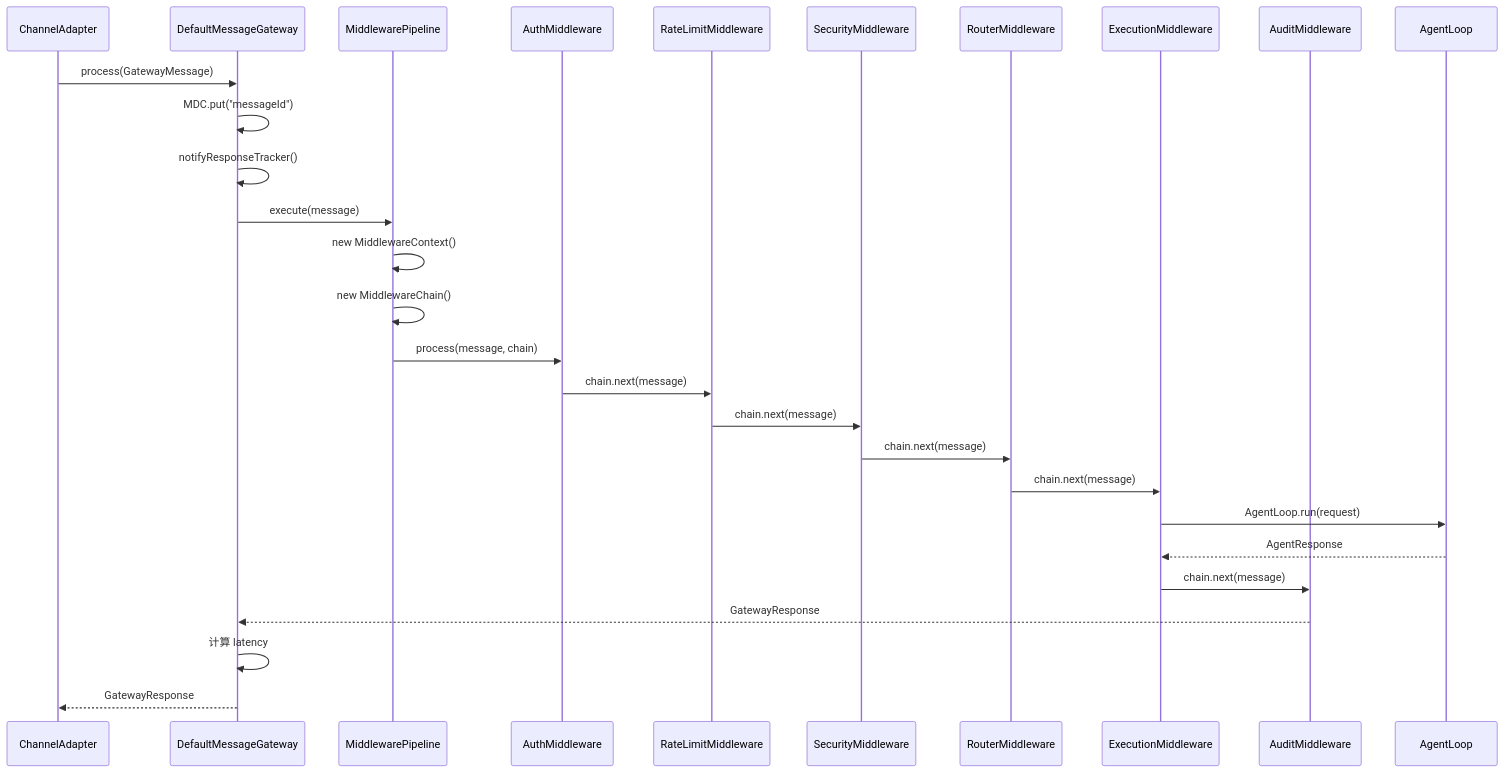
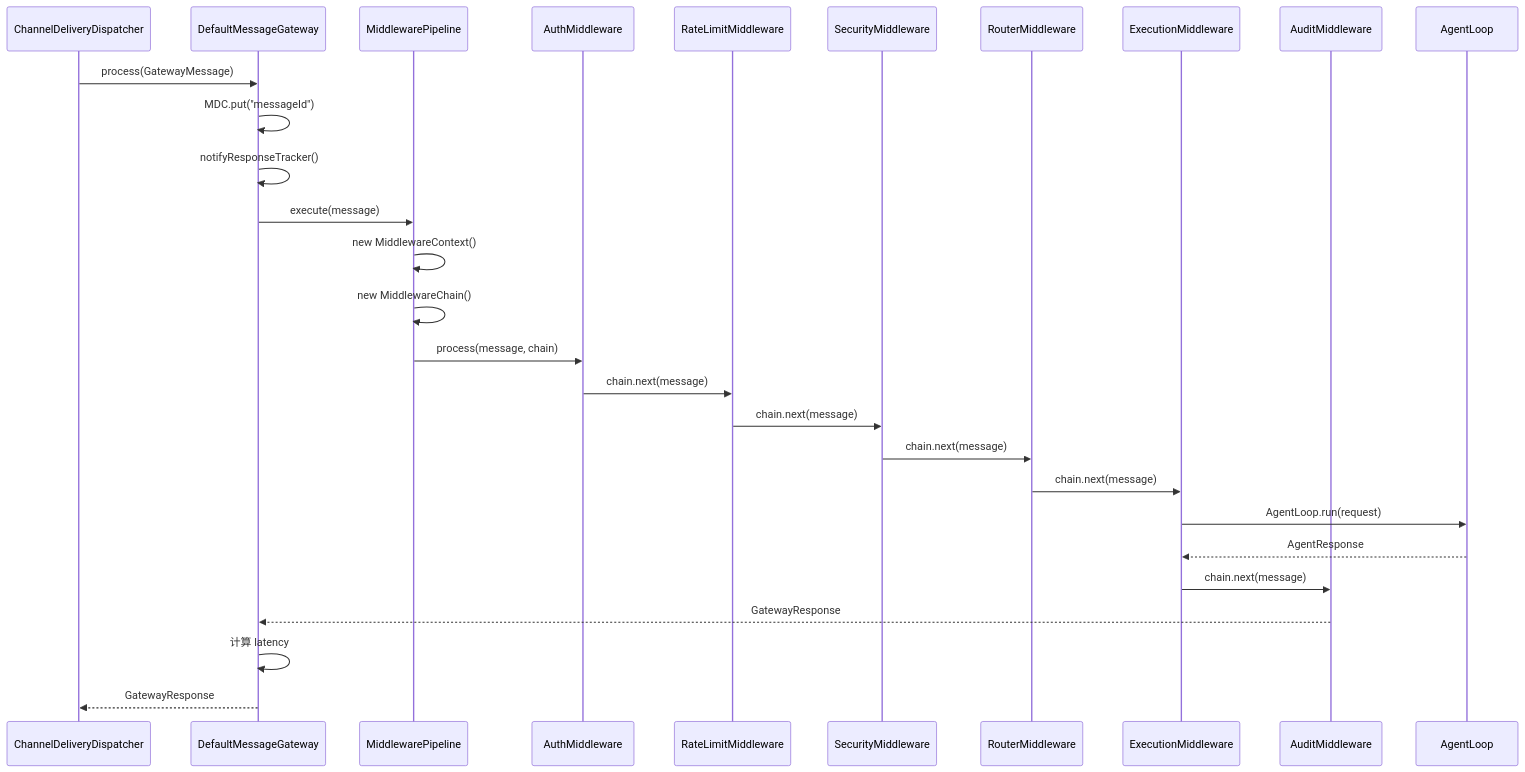
Before and after one commit to ntygod/LifePilot: the second of 3 diagrams in docs/architecture/gateway-middleware.md, drawn with Mermaid. The commit also changed other lines of this file and 46 other files, not shown here.

````diff
--- a/docs/architecture/gateway-middleware.md
+++ b/docs/architecture/gateway-middleware.md
@@ -144,31 +129,31 @@
 ```mermaid
 sequenceDiagram
-    participant CH as ChannelAdapter
+    participant CH as ChannelDeliveryDispatcher
     participant GW as DefaultMessageGateway
     participant PP as MiddlewarePipeline
     participant AUTH as AuthMiddleware
     participant RL as RateLimitMiddleware
     participant SEC as SecurityMiddleware
     participant RT as RouterMiddleware
     participant EX as ExecutionMiddleware
     participant AD as AuditMiddleware
     participant AL as AgentLoop
 
     CH->>GW: process(GatewayMessage)
     GW->>GW: MDC.put("messageId")
     GW->>GW: notifyResponseTracker()
     GW->>PP: execute(message)
     PP->>PP: new MiddlewareContext()
     PP->>PP: new MiddlewareChain()
     PP->>AUTH: process(message, chain)
     AUTH->>RL: chain.next(message)
     RL->>SEC: chain.next(message)
     SEC->>RT: chain.next(message)
     RT->>EX: chain.next(message)
     EX->>AL: AgentLoop.run(request)
     AL-->>EX: AgentResponse
     EX->>AD: chain.next(message)
     AD-->>GW: GatewayResponse
     GW->>GW: 计算 latency
     GW-->>CH: GatewayResponse
 ```
````
